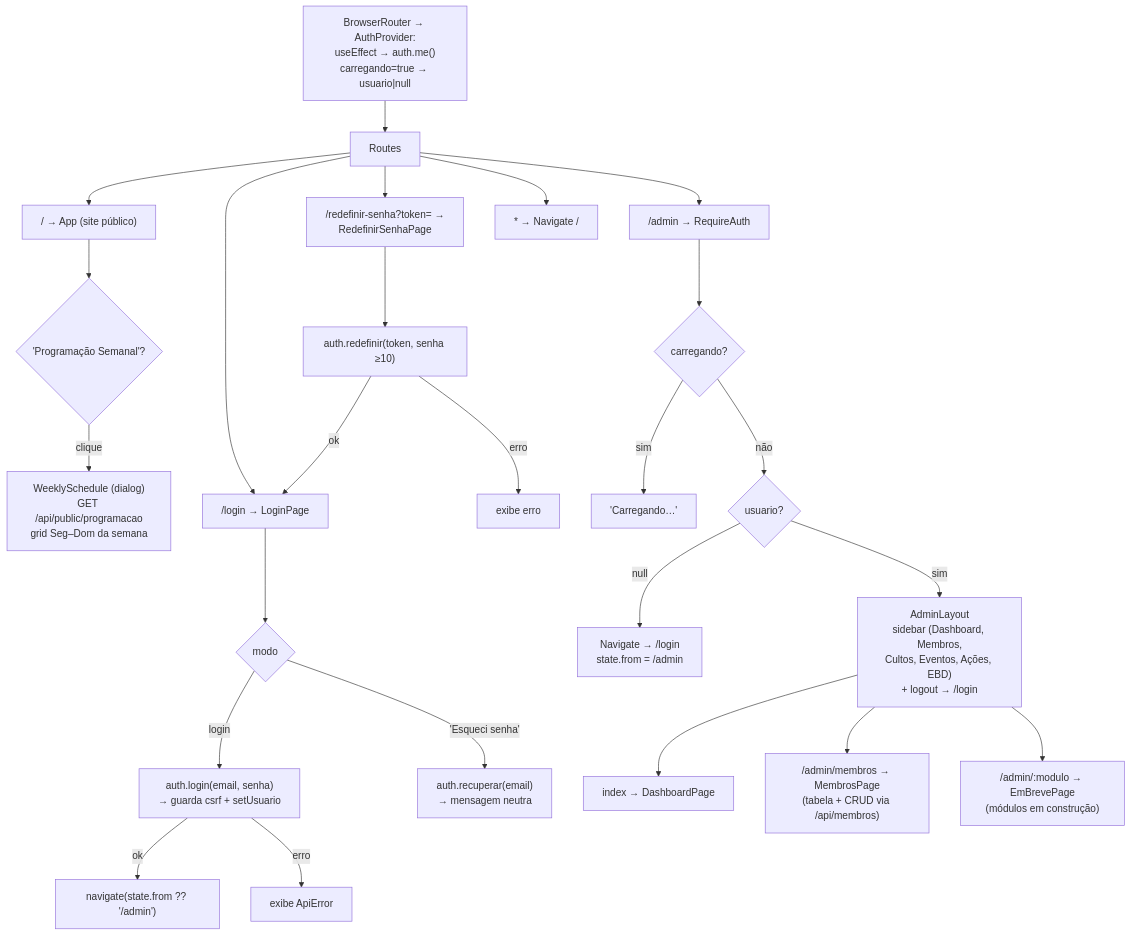
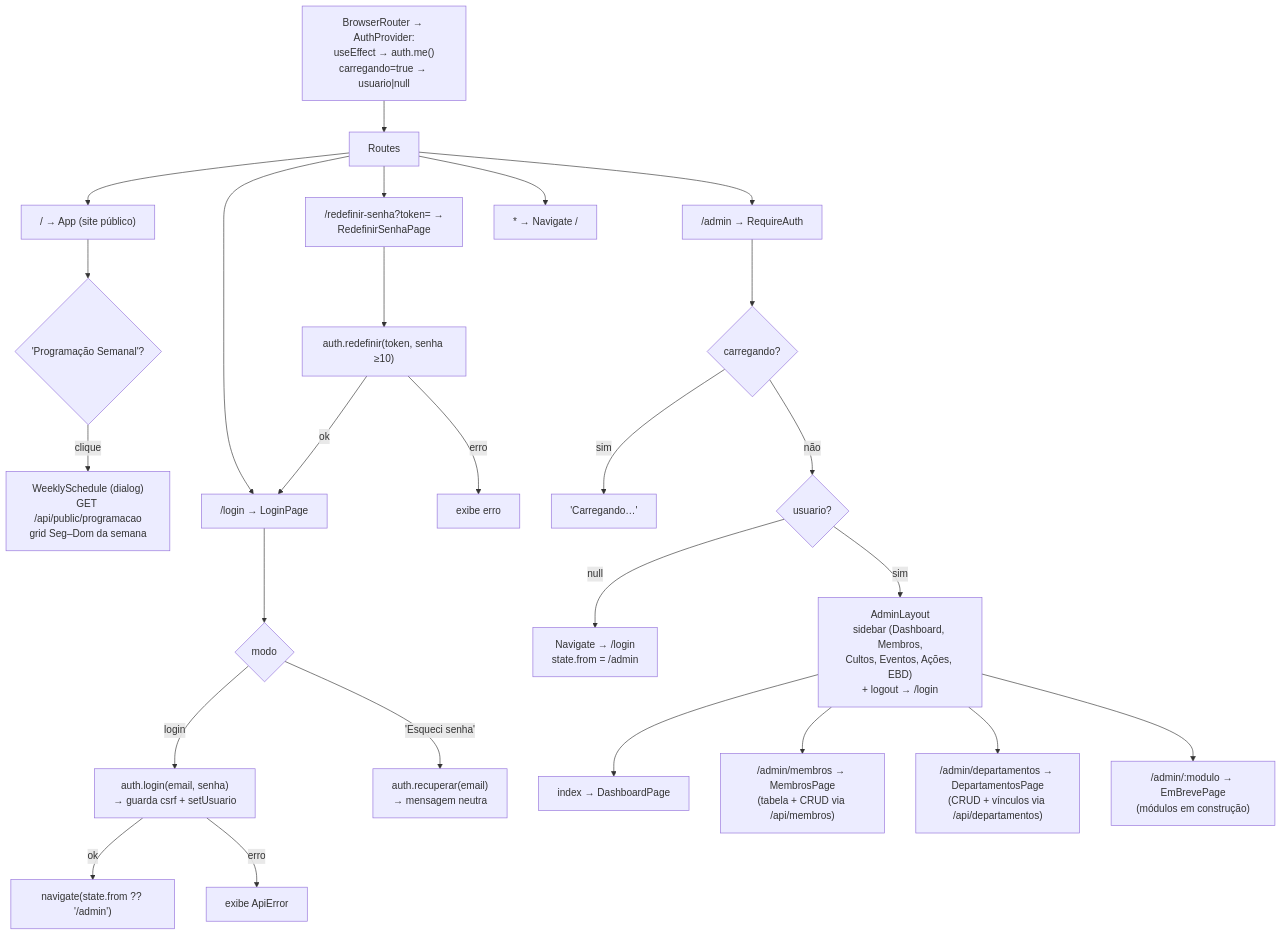
The diagram in dev/docs/diagramas/navegacao-app.mmd (adab-218/siteadab), drawn with Mermaid before and after one commit. The commit also changed 18 other files, not shown here.

```diff
--- a/dev/docs/diagramas/navegacao-app.mmd
+++ b/dev/docs/diagramas/navegacao-app.mmd
@@ -1,33 +1,34 @@
 %% Navegação e guards do frontend — revisado em 2026-10-21
 %% Fonte: src/main.tsx, src/routes/RequireAuth.tsx,
 %%        src/lib/auth-context.tsx, src/App.tsx
 flowchart TD
     BOOT["BrowserRouter → AuthProvider:<br/>useEffect → auth.me()<br/>carregando=true → usuario|null"] --> RT["Routes"]
 
     RT --> HOME["/ → App (site público)"]
     HOME --> SCHED{"'Programação Semanal'?"}
     SCHED -- clique --> WS["WeeklySchedule (dialog)<br/>GET /api/public/programacao<br/>grid Seg–Dom da semana"]
 
     RT --> LOGIN["/login → LoginPage"]
     LOGIN --> LFORM{"modo"}
     LFORM -- login --> LPOST["auth.login(email, senha)<br/>→ guarda csrf + setUsuario"]
     LPOST -- ok --> NAV["navigate(state.from ?? '/admin')"]
     LPOST -- erro --> LERR["exibe ApiError"]
     LFORM -- 'Esqueci senha' --> REC["auth.recuperar(email)<br/>→ mensagem neutra"]
 
     RT --> RESET["/redefinir-senha?token= →<br/>RedefinirSenhaPage"]
     RESET --> RS["auth.redefinir(token, senha ≥10)"]
     RS -- ok --> LOGIN
     RS -- erro --> RERR["exibe erro"]
 
     RT --> ADMIN["/admin → RequireAuth"]
     ADMIN --> GUARD{"carregando?"}
     GUARD -- sim --> SPIN["'Carregando…'"]
     GUARD -- não --> HAS{"usuario?"}
     HAS -- null --> REDIR["Navigate → /login<br/>state.from = /admin"]
     HAS -- sim --> LAYOUT["AdminLayout<br/>sidebar (Dashboard, Membros,<br/>Cultos, Eventos, Ações, EBD)<br/>+ logout → /login"]
     LAYOUT --> IDX["index → DashboardPage"]
     LAYOUT --> MB["/admin/membros → MembrosPage<br/>(tabela + CRUD via /api/membros)"]
+    LAYOUT --> DP["/admin/departamentos → DepartamentosPage<br/>(CRUD + vínculos via /api/departamentos)"]
     LAYOUT --> MOD["/admin/:modulo → EmBrevePage<br/>(módulos em construção)"]
 
     RT --> FALL["* → Navigate /"]
```
